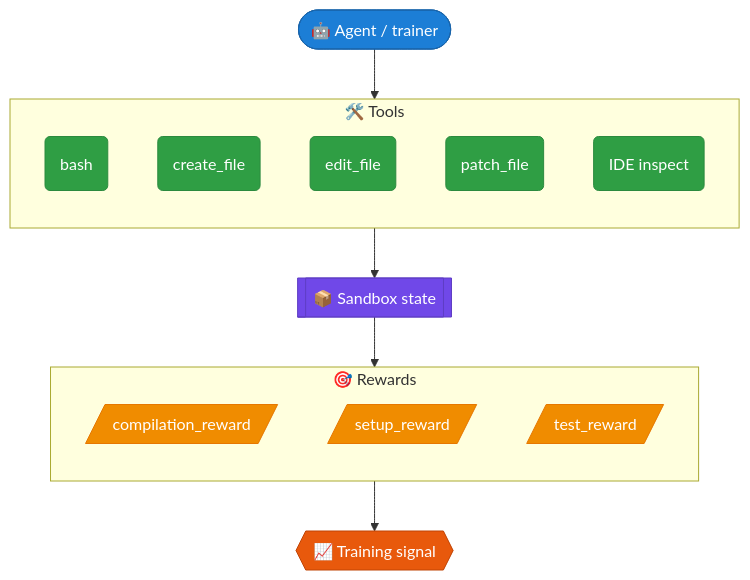
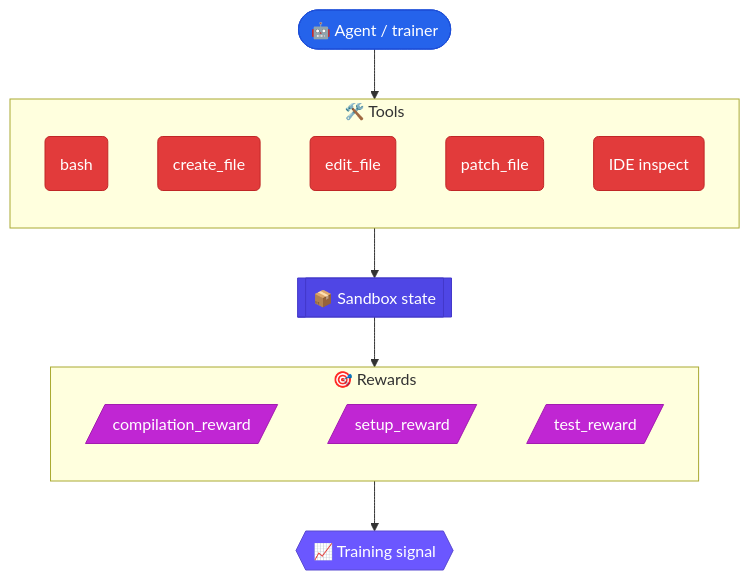
One commit to JetBrains-Research/idegym changed the diagram in website/docs/architecture/rewards-tools.md. Above: the diagram before and after it, drawn with Mermaid. The commit also changed 9 other files, not shown here.

First line of the commit message:
[JBRes-9938] recolor diagrams to brand palette + tighten & un-stretch

````diff
--- a/website/docs/architecture/rewards-tools.md
+++ b/website/docs/architecture/rewards-tools.md
@@ -14,36 +14,36 @@
 ```mermaid
 flowchart TB
     subgraph tools["🛠️ Tools"]
         direction TB
         bash("bash"):::tool
         cf("create_file"):::tool
         ef("edit_file"):::tool
         pf("patch_file"):::tool
         inspect("IDE inspect"):::tool
     end
 
     subgraph rewards["🎯 Rewards"]
         direction TB
         comp[/"compilation_reward"/]:::build
         setup[/"setup_reward"/]:::build
         test[/"test_reward"/]:::build
     end
 
     agent(["🤖 Agent / trainer"]):::client --> tools --> env[["📦 Sandbox state"]]:::pod
     env --> rewards --> signal{{"📈 Training signal"}}:::ctrl
 
-    classDef tool fill:#2f9e44,stroke:#2b8a3e,color:#fff;
-    classDef build fill:#f08c00,stroke:#e67700,color:#fff;
-    classDef client fill:#1c7ed6,stroke:#1864ab,color:#fff;
-    classDef pod fill:#7048e8,stroke:#5f3dc4,color:#fff;
-    classDef ctrl fill:#e8590c,stroke:#c04405,color:#fff;
+    classDef tool fill:#e23b3b,stroke:#c02626,color:#fff;
+    classDef build fill:#c026d3,stroke:#a21caf,color:#fff;
+    classDef client fill:#2563eb,stroke:#1d4ed8,color:#fff;
+    classDef pod fill:#4f46e5,stroke:#4338ca,color:#fff;
+    classDef ctrl fill:#6b57ff,stroke:#5b4bd2,color:#fff;
 
     click bash "https://github.com/JetBrains-Research/idegym/blob/main/tools/src/idegym/tools/tool_service.py" "tool service source"
     click cf "https://github.com/JetBrains-Research/idegym/blob/main/tools/src/idegym/tools/file_manager.py" "file manager source"
     click ef "https://github.com/JetBrains-Research/idegym/blob/main/tools/src/idegym/tools/file_manager.py" "file manager source"
     click pf "https://github.com/JetBrains-Research/idegym/blob/main/tools/src/idegym/tools/file_manager.py" "file manager source"
     click inspect "https://github.com/JetBrains-Research/idegym/blob/main/plugins/pycharm/src/idegym/plugins/pycharm/server.py" "IDE inspect plugin source"
     click comp "https://github.com/JetBrains-Research/idegym/blob/main/rewards/src/idegym/rewards/compilation_checker.py" "compilation checker source"
     click setup "https://github.com/JetBrains-Research/idegym/blob/main/rewards/src/idegym/rewards/setup_checker.py" "setup checker source"
     click test "https://github.com/JetBrains-Research/idegym/blob/main/rewards/src/idegym/rewards/test_checker.py" "test checker source"
 ```
````
